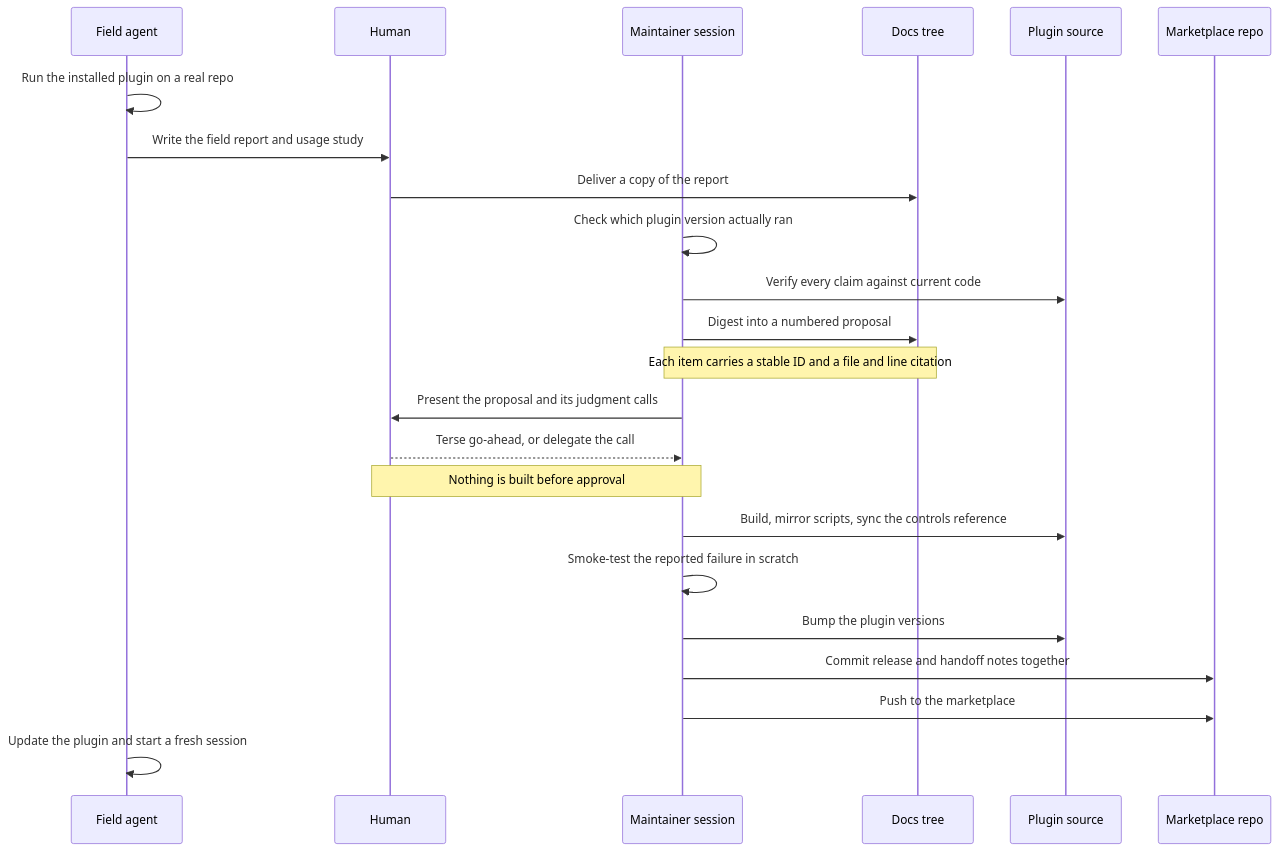
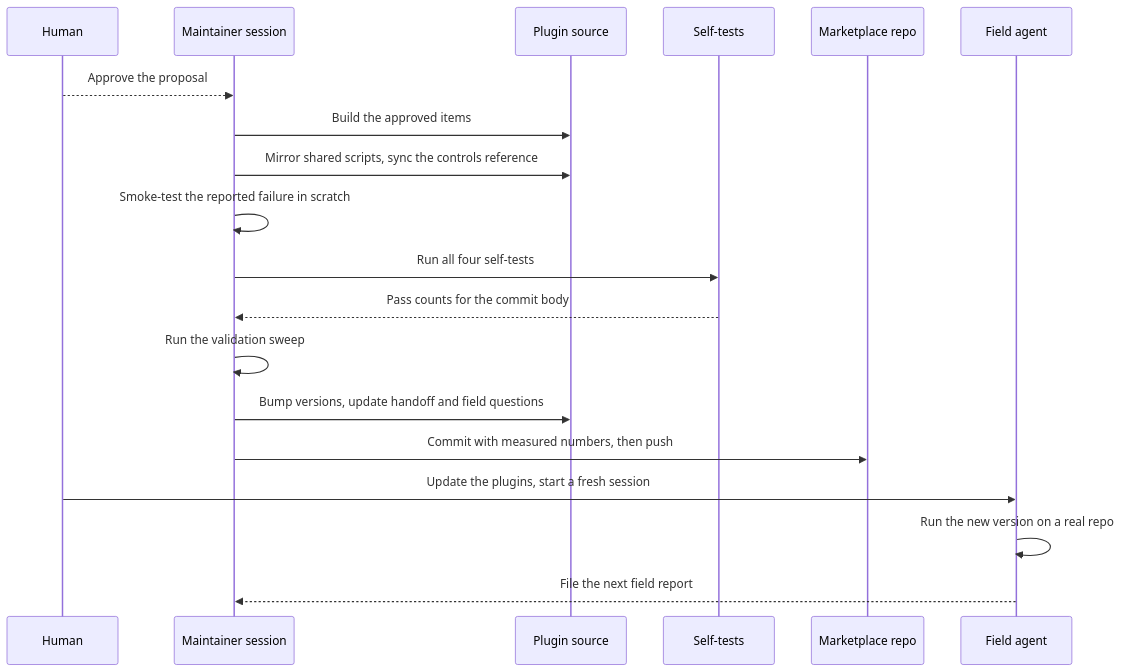
One commit to peterlit/quiller-claude-plugins changed diagram 13 of 18 in docs/architecture/overview.md. Above: the diagram before and after it, drawn with Mermaid. The commit also changed other lines of this file and 5 other files, not shown here.

````diff
--- a/docs/architecture/overview.md
+++ b/docs/architecture/overview.md
@@ -415,26 +1081,22 @@
 ```mermaid
 sequenceDiagram
-    participant FA as Field agent
     participant H as Human
     participant M as Maintainer session
-    participant DT as Docs tree
-    participant SRC as Plugin source
+    participant PS as Plugin source
+    participant ST as Self-tests
     participant MR as Marketplace repo
+    participant FA as Field agent
 
-    FA->>FA: Run the installed plugin on a real repo
-    FA->>H: Write the field report and usage study
-    H->>DT: Deliver a copy of the report
-    M->>M: Check which plugin version actually ran
-    M->>SRC: Verify every claim against current code
-    M->>DT: Digest into a numbered proposal
-    Note over M,DT: Each item carries a stable ID and a file and line citation
-    M->>H: Present the proposal and its judgment calls
-    H-->>M: Terse go-ahead, or delegate the call
-    Note over H,M: Nothing is built before approval
-    M->>SRC: Build, mirror scripts, sync the controls reference
+    H-->>M: Approve the proposal
+    M->>PS: Build the approved items
+    M->>PS: Mirror shared scripts, sync the controls reference
     M->>M: Smoke-test the reported failure in scratch
-    M->>SRC: Bump the plugin versions
-    M->>MR: Commit release and handoff notes together
-    M->>MR: Push to the marketplace
-    FA->>FA: Update the plugin and start a fresh session
+    M->>ST: Run all four self-tests
+    ST-->>M: Pass counts for the commit body
+    M->>M: Run the validation sweep
+    M->>PS: Bump versions, update handoff and field questions
+    M->>MR: Commit with measured numbers, then push
+    H->>FA: Update the plugins, start a fresh session
+    FA->>FA: Run the new version on a real repo
+    FA-->>M: File the next field report
 ```
````
